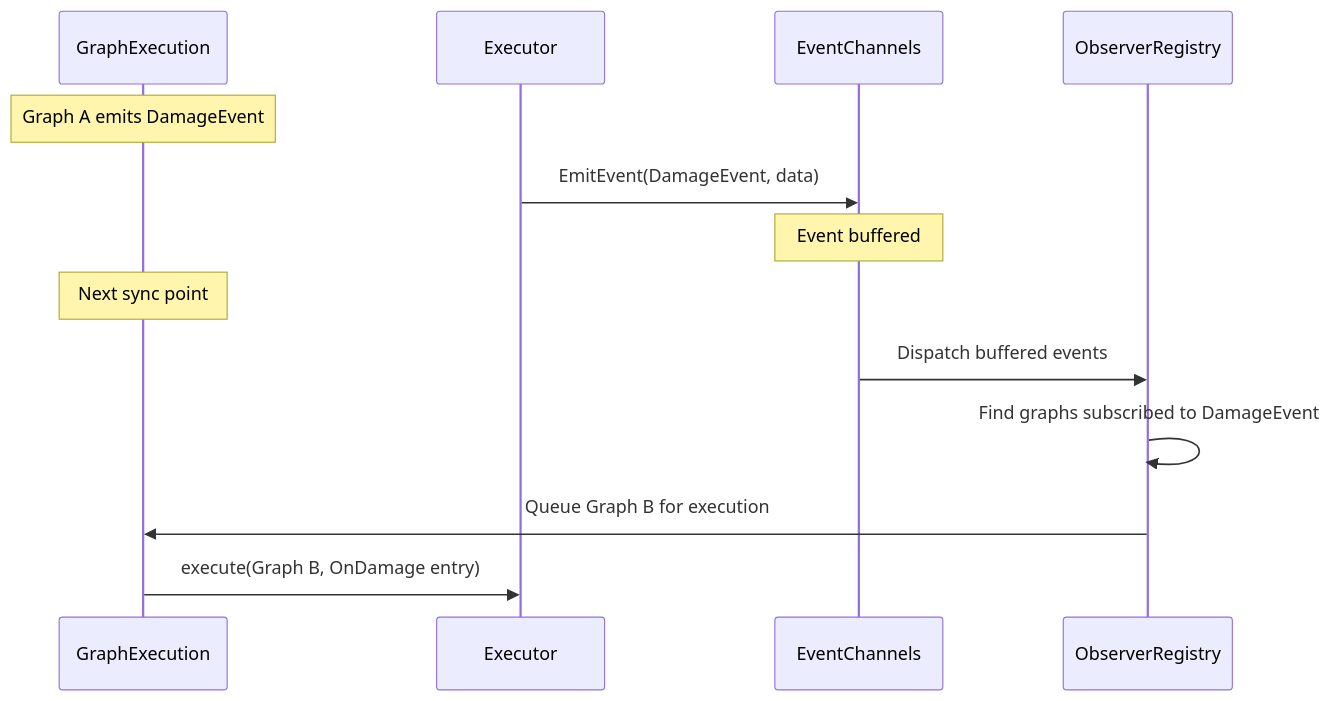
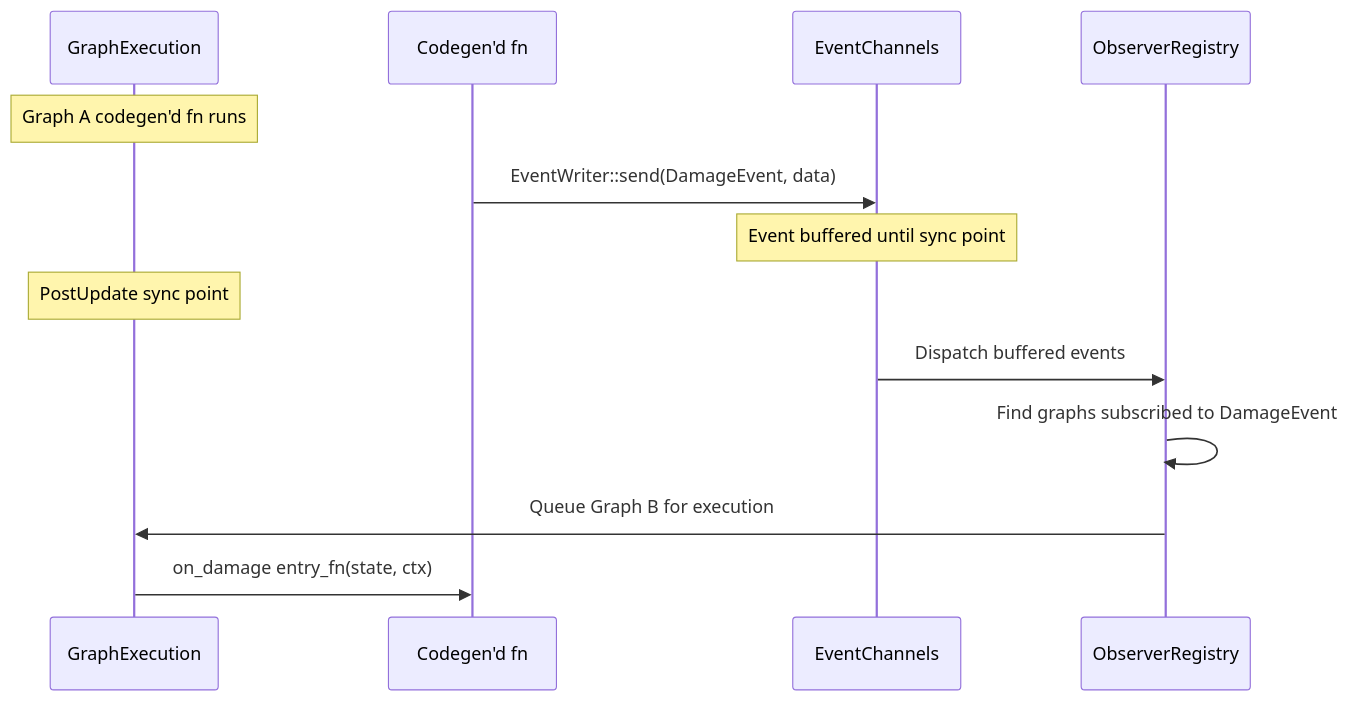
The eighth of 8 diagrams in docs/design/game-framework/scripting.md (harmonius-dev/harmonius), drawn with Mermaid before and after one commit. The commit also changed other lines of this file and 174 other files, not shown here.

````diff
--- a/docs/design/game-framework/scripting.md
+++ b/docs/design/game-framework/scripting.md
@@ -1379,18 +1557,18 @@
 ```mermaid
 sequenceDiagram
     participant GS as GraphExecution
-    participant VM as Executor
+    participant FP as Codegen'd fn
     participant EC as EventChannels
     participant OB as ObserverRegistry
 
-    Note over GS: Graph A emits DamageEvent
-    VM->>EC: EmitEvent(DamageEvent, data)
+    Note over GS: Graph A codegen'd fn runs
+    FP->>EC: EventWriter::send(DamageEvent, data)
 
-    Note over EC: Event buffered
+    Note over EC: Event buffered until sync point
 
-    Note over GS: Next sync point
+    Note over GS: PostUpdate sync point
     EC->>OB: Dispatch buffered events
     OB->>OB: Find graphs subscribed to DamageEvent
     OB->>GS: Queue Graph B for execution
-    GS->>VM: execute(Graph B, OnDamage entry)
+    GS->>FP: on_damage entry_fn(state, ctx)
 ```
````
